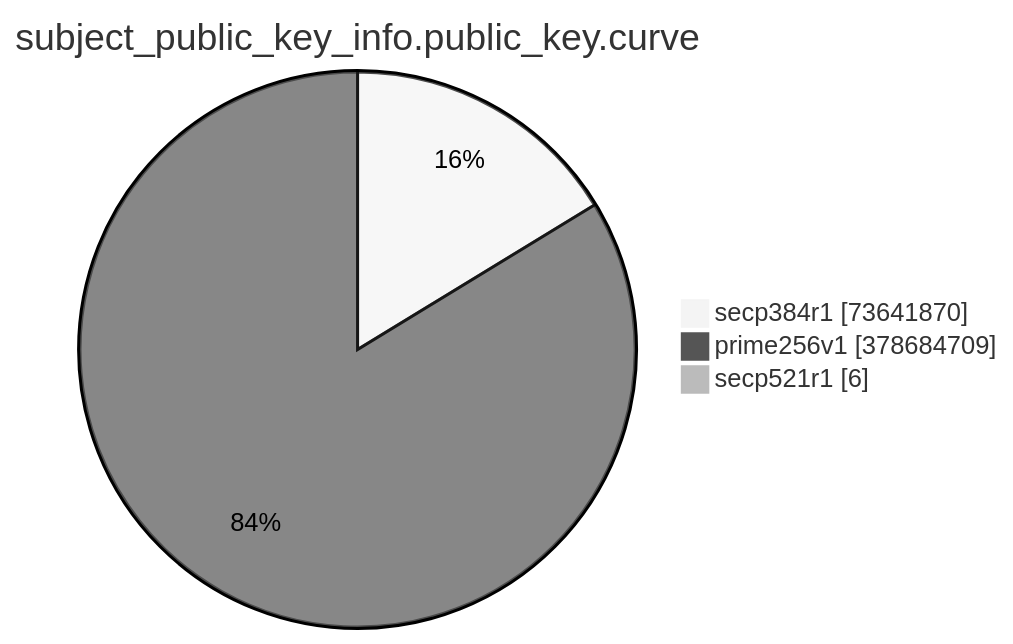
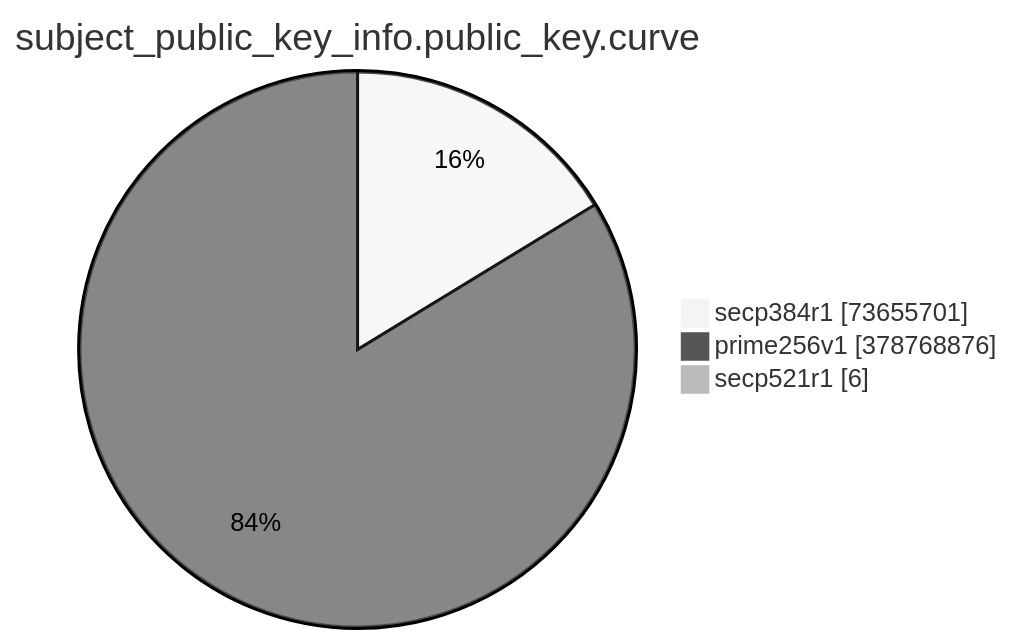
One commit to christiankrug/ctmonitor_visualization changed the eighth of 15 diagrams in TOTAL/README.md. Above: the diagram before and after it, drawn with Mermaid (neutral theme). The commit also changed other lines of this file, not shown here.

````diff
--- a/TOTAL/README.md
+++ b/TOTAL/README.md
@@ -3094,7 +3094,7 @@
 ```mermaid
 pie showData
 title subject_public_key_info.public_key.curve
-"secp384r1" :73641870
-"prime256v1" :378684709
+"secp384r1" :73655701
+"prime256v1" :378768876
 "secp521r1" :6
 ```
````
